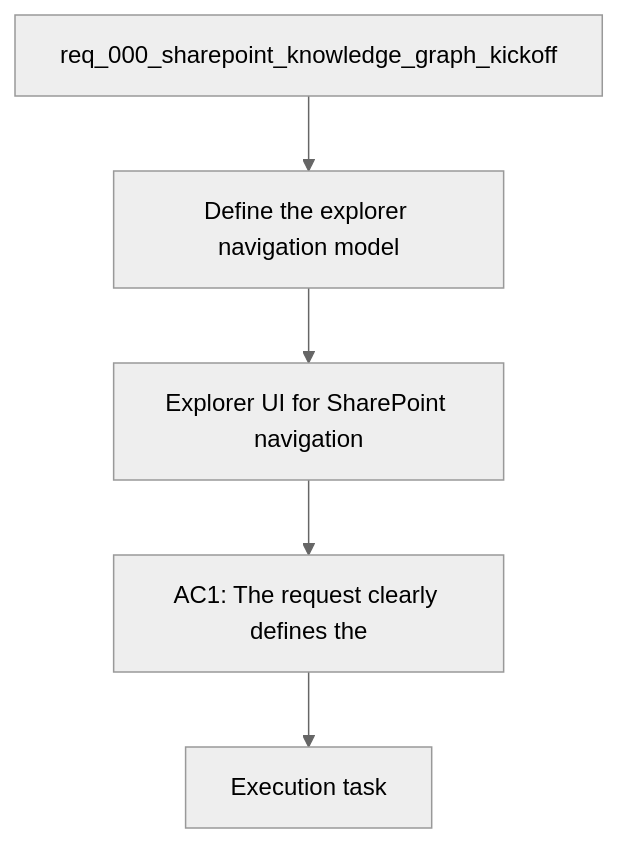
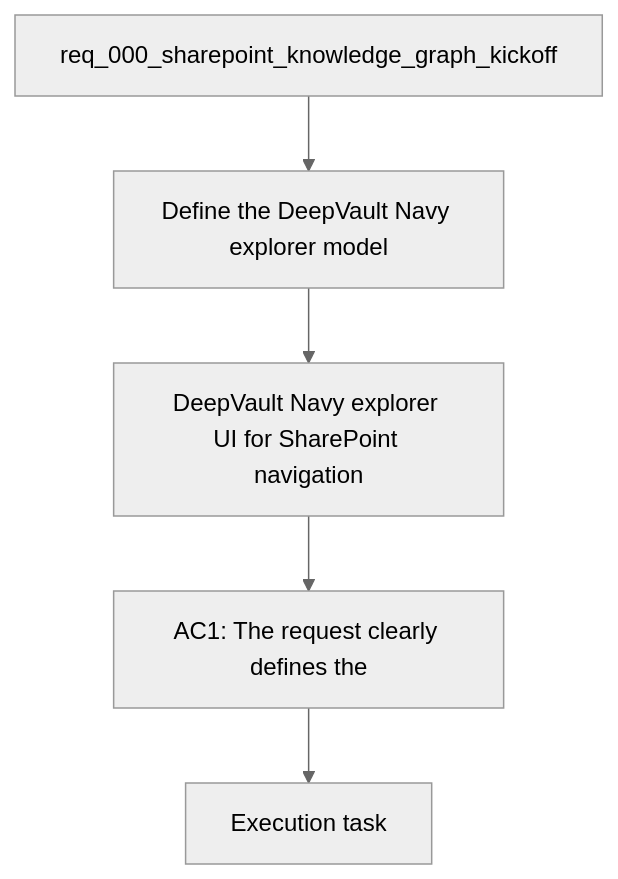
The diagram in logics/backlog/item_003_explorer_ui_for_sharepoint_navigation.md (AlexAgo83/deepvault), drawn with Mermaid (neutral theme) before and after one commit. The commit also changed other lines of this file and 21 other files, not shown here.

Commit message:
Update DeepVault naming and Azure hosting docs

````diff
--- a/logics/backlog/item_003_explorer_ui_for_sharepoint_navigation.md
+++ b/logics/backlog/item_003_explorer_ui_for_sharepoint_navigation.md
@@ -22,9 +22,9 @@
 ```mermaid
 %% logics-kind: backlog
-%% logics-signature: backlog|explorer-ui-for-sharepoint-navigation|req-000-sharepoint-knowledge-graph-kicko|define-the-sharepoint-explorer-navigatio|ac1-the-explorer-navigation-model-clearl
+%% logics-signature: backlog|deepvault-navy-explorer-ui-for-sharepoin|req-000-sharepoint-knowledge-graph-kicko|define-the-sharepoint-explorer-navigatio|ac1-the-explorer-navigation-model-clearl
 flowchart TD
-    Request[req_000_sharepoint_knowledge_graph_kickoff] --> Problem[Define the explorer navigation model]
-    Problem --> Scope[Explorer UI for SharePoint navigation]
+    Request[req_000_sharepoint_knowledge_graph_kickoff] --> Problem[Define the DeepVault Navy explorer model]
+    Problem --> Scope[DeepVault Navy explorer UI for SharePoint navigation]
     Scope --> Acceptance[AC1: The request clearly defines the]
     Acceptance --> Tasks[Execution task]
 ```
````
